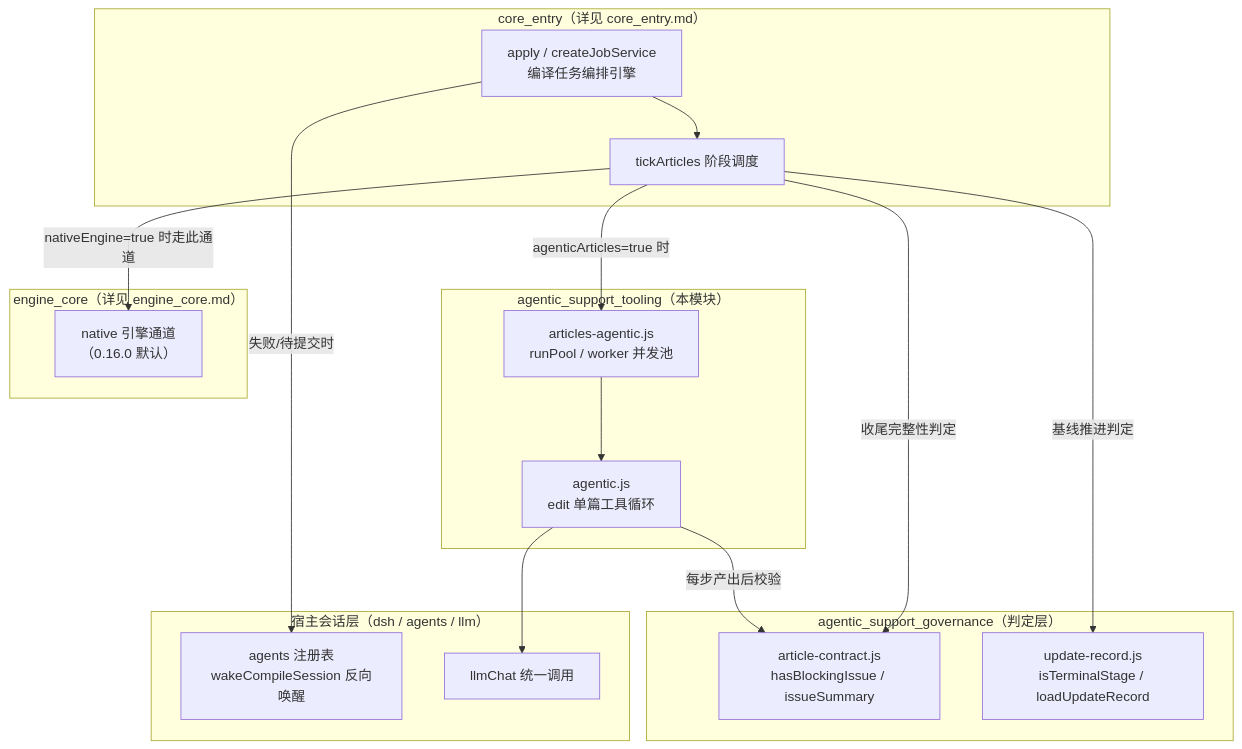
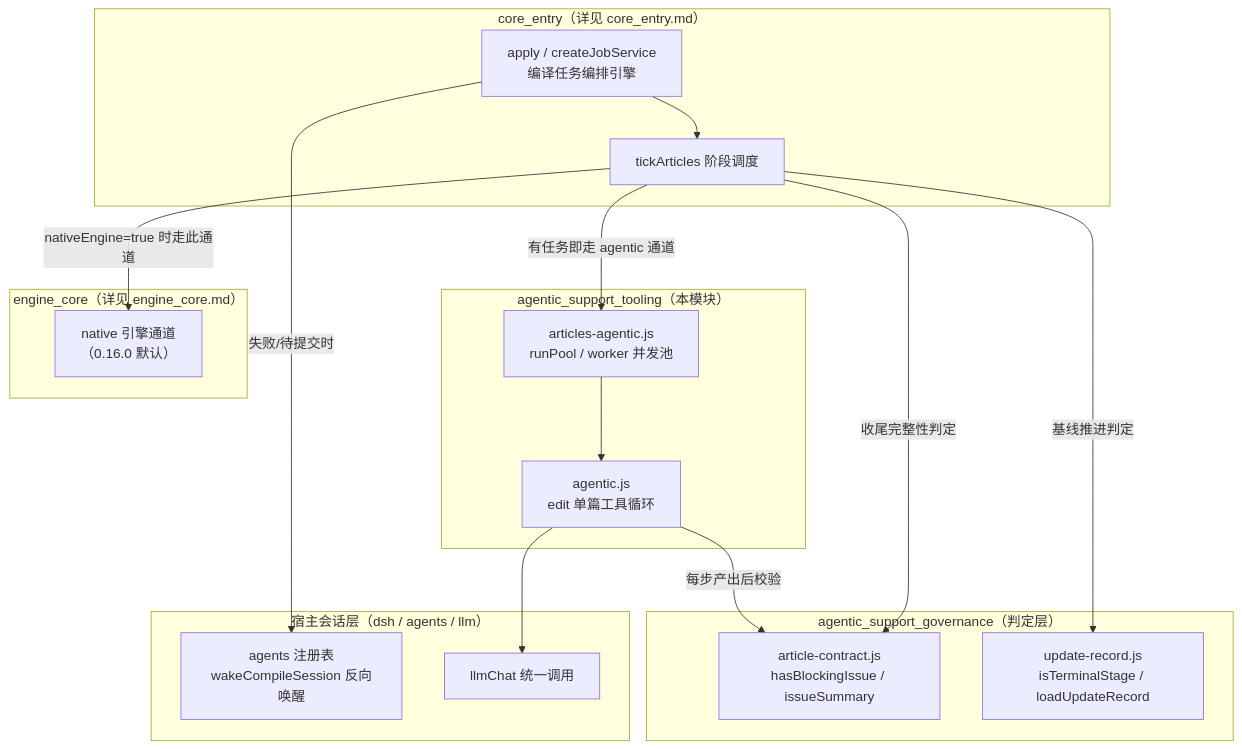
Before and after one commit to ikliml666/dsh-codewiki: the first of 4 diagrams in .codewiki/_native-state/docs/agentic_support/agentic_support_tooling.md, drawn with Mermaid. The commit also changed other lines of this file and 17 other files, not shown here.

````diff
--- a/.codewiki/_native-state/docs/agentic_support/agentic_support_tooling.md
+++ b/.codewiki/_native-state/docs/agentic_support/agentic_support_tooling.md
@@ -20,36 +20,36 @@
 ```mermaid
 flowchart TB
     subgraph 宿主会话["宿主会话层（dsh / agents / llm）"]
         AG["agents 注册表<br/>wakeCompileSession 反向唤醒"]
         LLM["llmChat 统一调用"]
     end
 
     subgraph 入口["core_entry（详见 core_entry.md）"]
         APPLY["apply / createJobService<br/>编译任务编排引擎"]
         TICK["tickArticles 阶段调度"]
     end
 
     subgraph TOOLING["agentic_support_tooling（本模块）"]
         RUNPOOL["articles-agentic.js<br/>runPool / worker 并发池"]
         EDIT["agentic.js<br/>edit 单篇工具循环"]
     end
 
     subgraph GOVERNANCE["agentic_support_governance（判定层）"]
         CONTRACT["article-contract.js<br/>hasBlockingIssue / issueSummary"]
         RECORD["update-record.js<br/>isTerminalStage / loadUpdateRecord"]
     end
 
     subgraph ENGINE["engine_core（详见 engine_core.md）"]
         ENGINE_CLIENT["native 引擎通道<br/>（0.16.0 默认）"]
     end
 
     APPLY --> TICK
-    TICK -- "agenticArticles=true 时" --> RUNPOOL
+    TICK -- "有任务即走 agentic 通道" --> RUNPOOL
     RUNPOOL --> EDIT
     EDIT --> LLM
     EDIT -- "每步产出后校验" --> CONTRACT
     TICK -- "收尾完整性判定" --> CONTRACT
     TICK -- "基线推进判定" --> RECORD
     TICK -- "nativeEngine=true 时走此通道" --> ENGINE_CLIENT
     APPLY -- "失败/待提交时" --> AG
 ```
````
